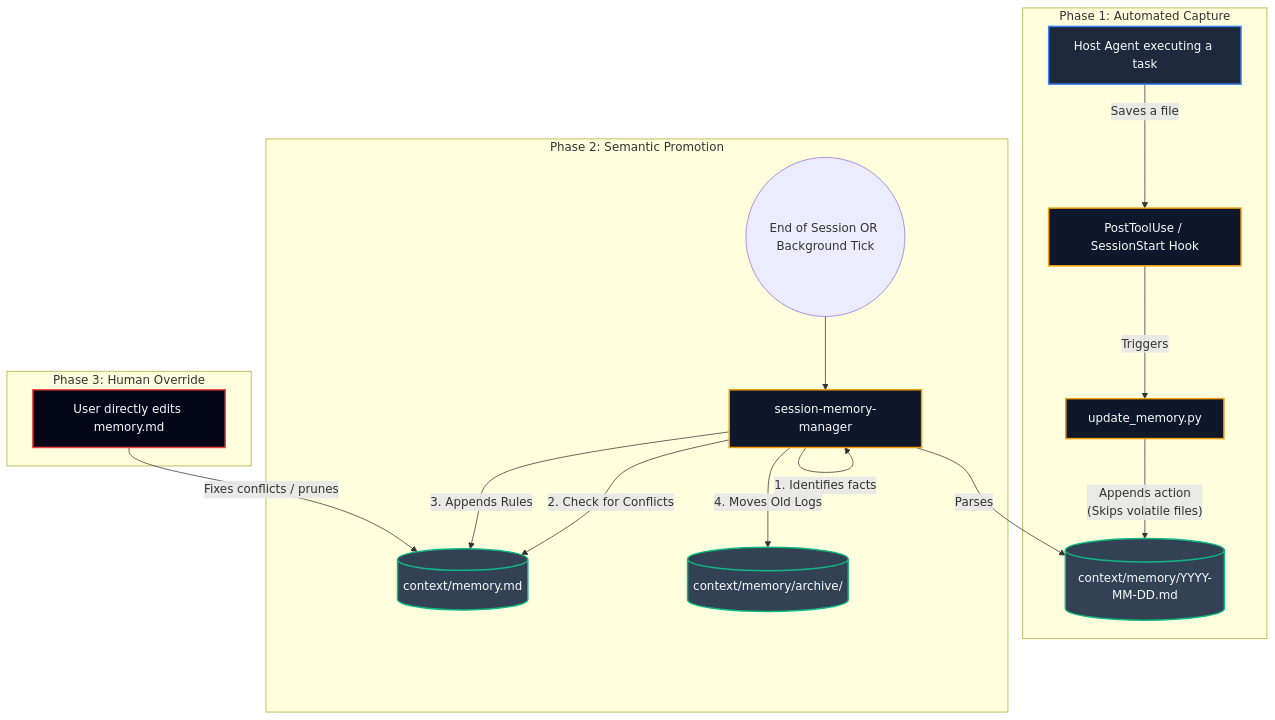
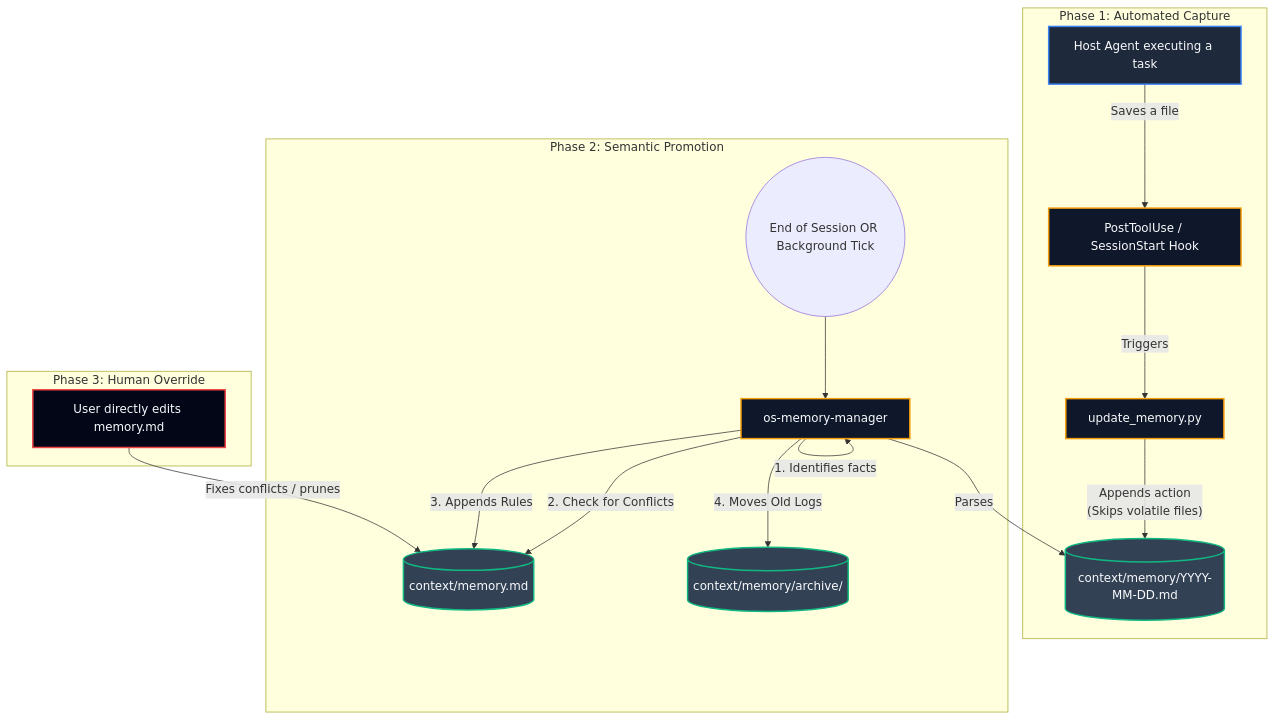
The diagram in plugins/agent-agentic-os/assets/diagrams/agentic-os-memory-subsystem.mmd (richfrem/agent-plugins-skills), drawn with Mermaid before and after one commit. The commit also changed 292 other files, not shown here.

```diff
--- a/plugins/agent-agentic-os/assets/diagrams/agentic-os-memory-subsystem.mmd
+++ b/plugins/agent-agentic-os/assets/diagrams/agentic-os-memory-subsystem.mmd
@@ -1,36 +1,36 @@
 flowchart TD
     classDef external fill:#1E293B,stroke:#3B82F6,stroke-width:2px,color:#F8FAFC
     classDef auto fill:#0F172A,stroke:#F59E0B,stroke-width:2px,color:#F8FAFC
     classDef storage fill:#334155,stroke:#10B981,stroke-width:2px,color:#F8FAFC
     classDef manual fill:#020617,stroke:#EF4444,stroke-width:2px,color:#F8FAFC
-    
+
     Host[Host Agent executing a task]:::external
-    
+
     subgraph "Phase 1: Automated Capture"
         Hook[PostToolUse / SessionStart Hook]:::auto
         UpdatePy[update_memory.py]:::auto
         DailyLog[(context/memory/YYYY-MM-DD.md)]:::storage
-        
+
         Host -- Saves a file --> Hook
         Hook -- Triggers --> UpdatePy
         UpdatePy -- "Appends action<BR>(Skips volatile files)" --> DailyLog
     end
-    
+
     subgraph "Phase 2: Semantic Promotion"
         Trigger((End of Session OR Background Tick))
-        SMM[session-memory-manager]:::auto
+        SMM[os-memory-manager]:::auto
         L3[(context/memory.md)]:::storage
         Archive[(context/memory/archive/)]:::storage
-        
+
         Trigger --> SMM
         SMM -- Parses --> DailyLog
         SMM -- "1. Identifies facts" --> SMM
         SMM -- "2. Check for Conflicts" --> L3
         SMM -- "3. Appends Rules" --> L3
         SMM -- "4. Moves Old Logs" --> Archive
     end
-    
+
     subgraph "Phase 3: Human Override"
         UserAction[User directly edits memory.md]:::manual
         UserAction -- "Fixes conflicts / prunes" --> L3
     end
```
